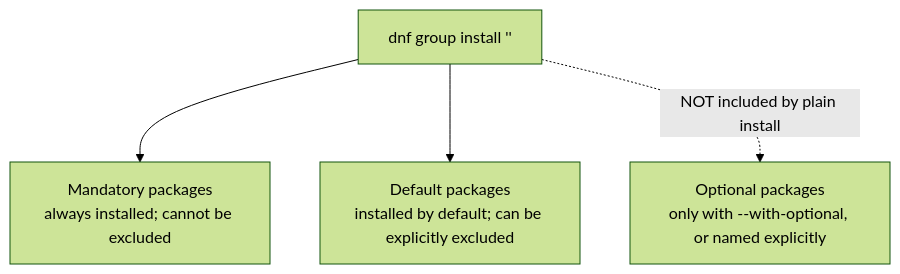
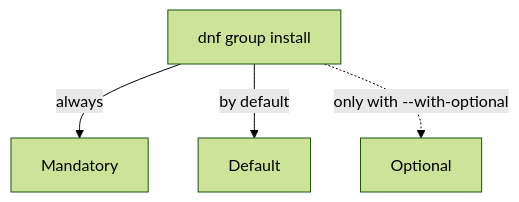
Before and after one commit to astrona-io/ATS002: the diagram in sections/section-060/module-05/course-02-inspecting-and-installing.md, drawn with Mermaid (forest theme). The commit also changed other lines of this file and 615 other files, not shown here.

````diff
--- a/sections/section-060/module-05/course-02-inspecting-and-installing.md
+++ b/sections/section-060/module-05/course-02-inspecting-and-installing.md
@@ -16,6 +22,6 @@
 ```mermaid
-flowchart TD
-    G["dnf group install '<group>'"] --> M["Mandatory packages<br/>always installed; cannot be excluded"]
-    G --> D["Default packages<br/>installed by default; can be explicitly excluded"]
-    G -.NOT included by plain install.-> O["Optional packages<br/>only with --with-optional, or named explicitly"]
+flowchart TB
+    G["dnf group install"] -->|"always"| M["Mandatory"]
+    G -->|"by default"| D["Default"]
+    G -.->|"only with --with-optional"| O["Optional"]
 ```
````
